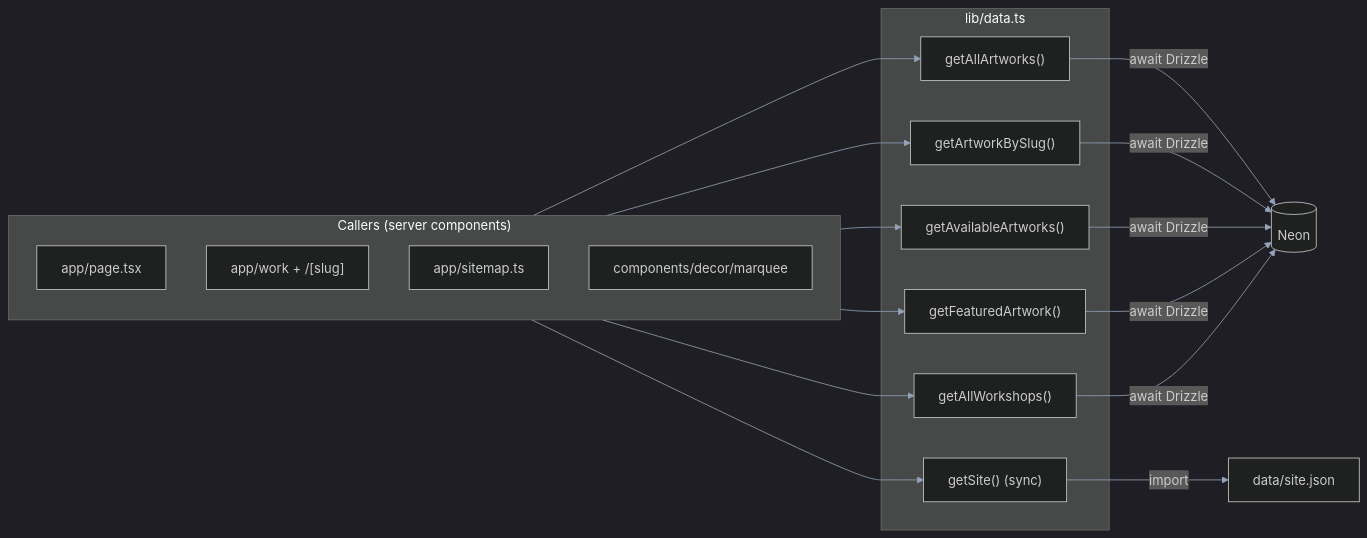
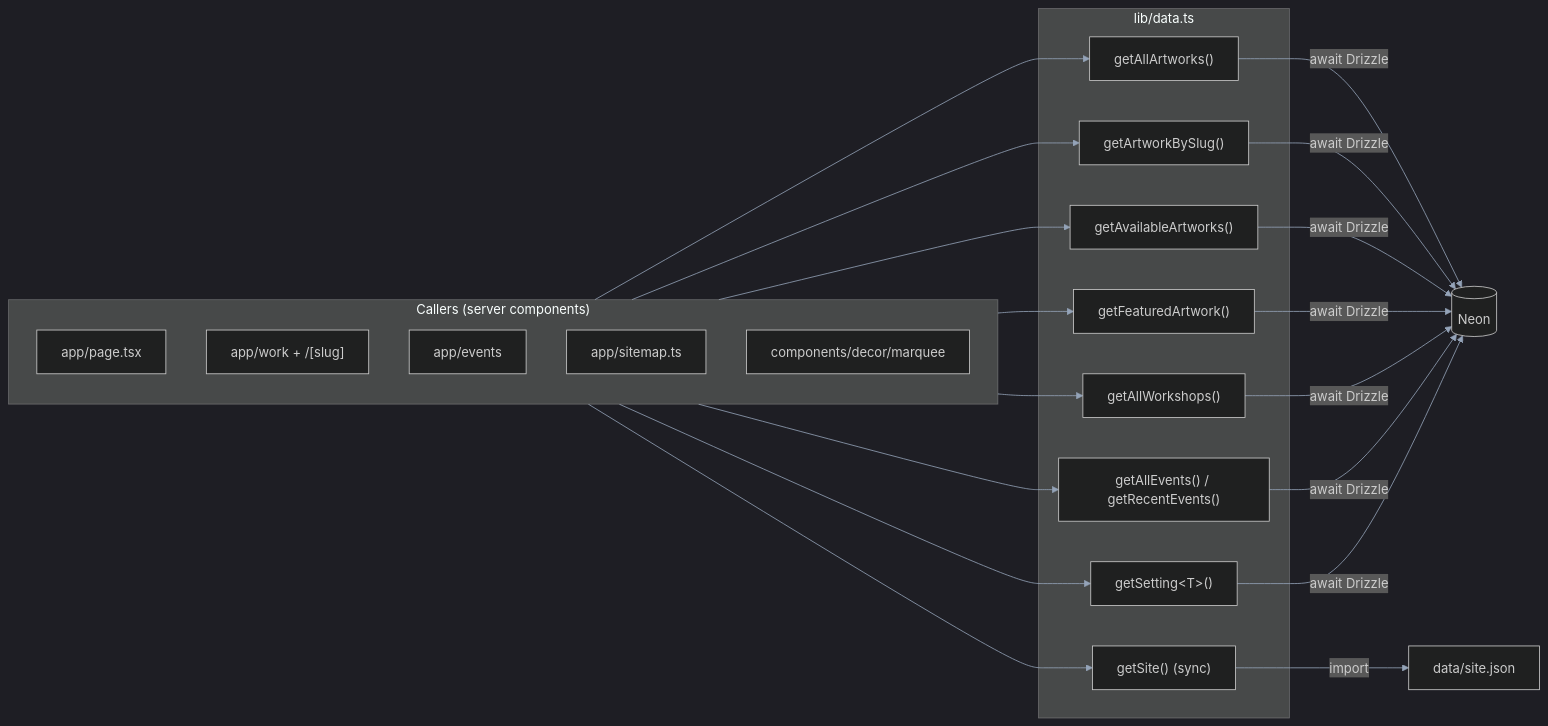
Before and after one commit to Sagargupta16/kalchar: the third of 3 diagrams in docs/ARCHITECTURE.md, drawn with Mermaid. The commit also changed other lines of this file and 7 other files, not shown here.

````diff
--- a/docs/ARCHITECTURE.md
+++ b/docs/ARCHITECTURE.md
@@ -122,21 +122,24 @@
 ```mermaid
 %%{init: {'theme':'dark','themeVariables':{'primaryColor':'#6366f1','primaryTextColor':'#fff','lineColor':'#94a3b8'}}}%%
 flowchart LR
     subgraph callers["Callers (server components)"]
         home["app/page.tsx"]
         work["app/work + /[slug]"]
+        eventsPg["app/events"]
         sitemap["app/sitemap.ts"]
         marquee["components/decor/marquee"]
     end
     subgraph seamfns["lib/data.ts"]
         getAll["getAllArtworks()"]
         getOne["getArtworkBySlug()"]
         getAvail["getAvailableArtworks()"]
         getFeat["getFeaturedArtwork()"]
         getShop["getAllWorkshops()"]
+        getEvents["getAllEvents() / getRecentEvents()"]
+        getSet["getSetting&lt;T&gt;()"]
         getSite["getSite()  (sync)"]
     end
-    callers --> getAll & getOne & getAvail & getFeat & getShop & getSite
-    getAll & getOne & getAvail & getFeat & getShop -->|await Drizzle| neon[("Neon")]
+    callers --> getAll & getOne & getAvail & getFeat & getShop & getEvents & getSet & getSite
+    getAll & getOne & getAvail & getFeat & getShop & getEvents & getSet -->|await Drizzle| neon[("Neon")]
     getSite -->|import| sj["data/site.json"]
 ```
````
